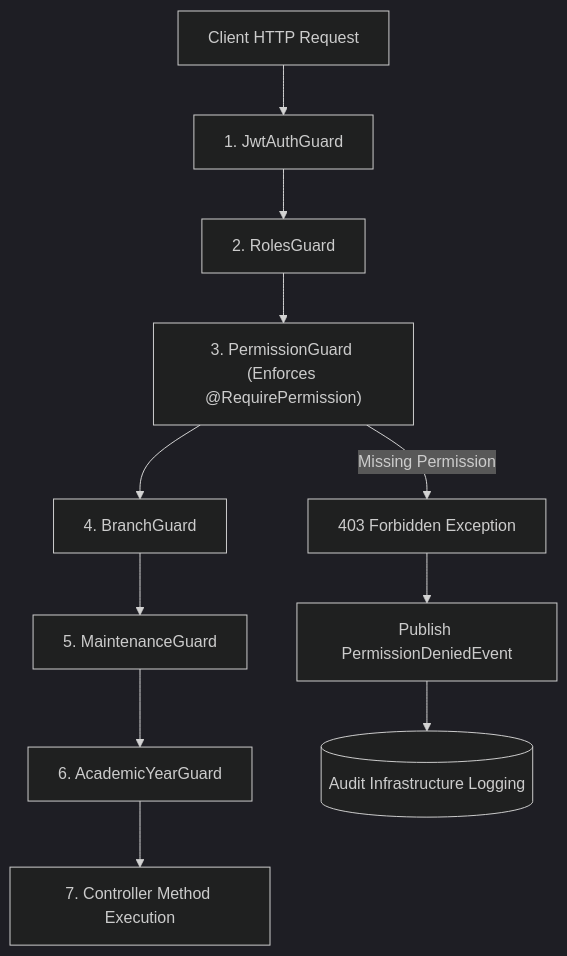
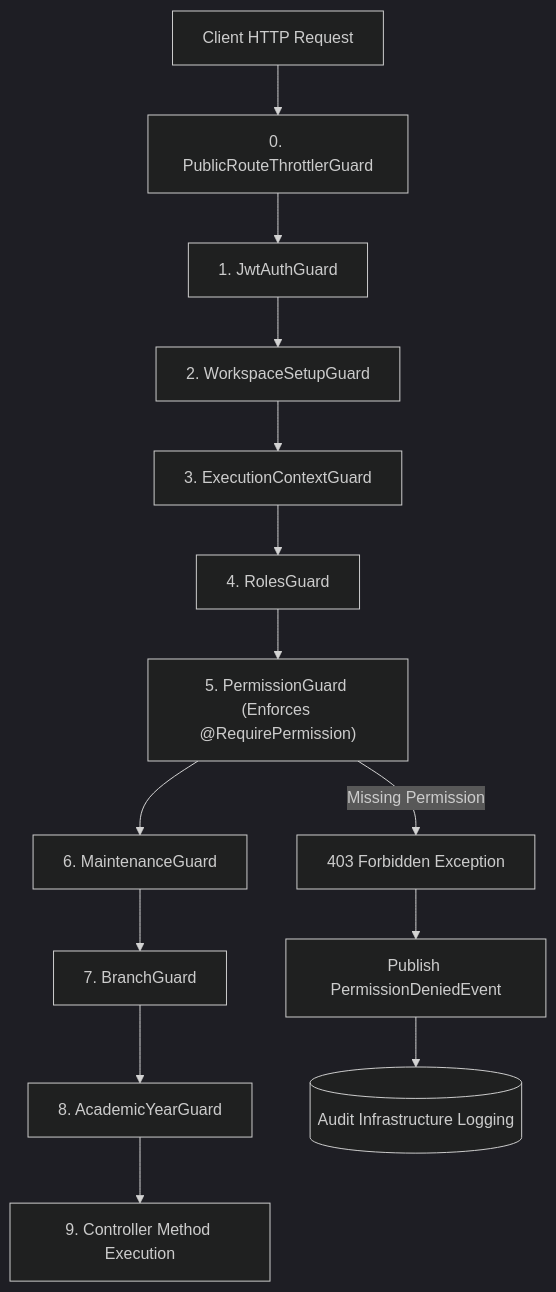
Before and after one commit to Anandupy/smartERP: the diagram in backend/docs/core/authorization.md, drawn with Mermaid (dark theme). The commit also changed other lines of this file and 2 other files, not shown here.

First line of the commit message:
docs: correct the guard pipeline and logging drift

````diff
--- a/backend/docs/core/authorization.md
+++ b/backend/docs/core/authorization.md
@@ -11,14 +11,17 @@
 ```mermaid
 flowchart TD
-    Client[Client HTTP Request] --> JwtGuard[1. JwtAuthGuard]
-    JwtGuard --> RolesGuard[2. RolesGuard]
-    RolesGuard --> PermGuard["3. PermissionGuard (Enforces @RequirePermission)"]
-    PermGuard --> BranchGuard[4. BranchGuard]
-    BranchGuard --> MaintGuard[5. MaintenanceGuard]
-    MaintGuard --> AcadGuard[6. AcademicYearGuard]
-    AcadGuard --> Controller[7. Controller Method Execution]
+    Client[Client HTTP Request] --> Throttle[0. PublicRouteThrottlerGuard]
+    Throttle --> JwtGuard[1. JwtAuthGuard]
+    JwtGuard --> SetupGuard[2. WorkspaceSetupGuard]
+    SetupGuard --> ExecCtx[3. ExecutionContextGuard]
+    ExecCtx --> RolesGuard[4. RolesGuard]
+    RolesGuard --> PermGuard["5. PermissionGuard (Enforces @RequirePermission)"]
+    PermGuard --> MaintGuard[6. MaintenanceGuard]
+    MaintGuard --> BranchGuard[7. BranchGuard]
+    BranchGuard --> AcadGuard[8. AcademicYearGuard]
+    AcadGuard --> Controller[9. Controller Method Execution]
 
     PermGuard -- Missing Permission --> Forbidden[403 Forbidden Exception]
     Forbidden --> EventBus[Publish PermissionDeniedEvent]
     EventBus --> AuditLog[(Audit Infrastructure Logging)]
 ```
````
